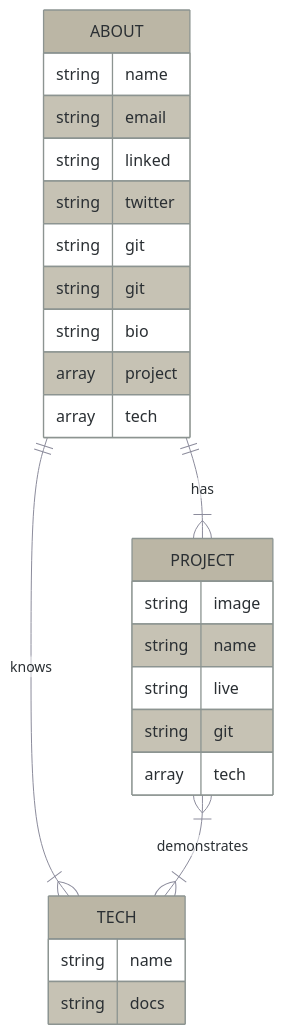
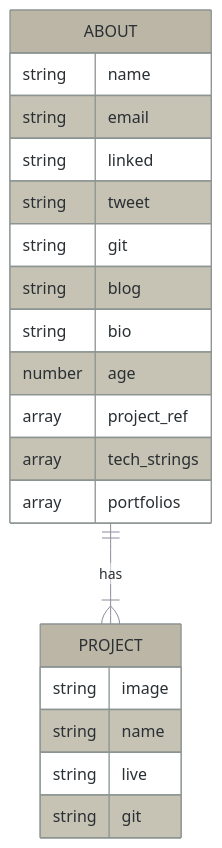
One commit to kcanamar/portfolio-API changed the diagram in README.md. Above: the diagram before and after it, drawn with Mermaid. The commit also changed other lines of this file and 4 other files, not shown here.

Commit message:
updates models, ERD, creates about, creates project, associates project -> about

````diff
--- a/README.md
+++ b/README.md
@@ -22,40 +23,35 @@
 ```mermaid
 %%{ init: { 
 	'theme': 'base', 
 	'themeVariables': { 
 		'primaryColor': '#BBB6A5', 
 		'primaryTextColor': '#2A2F33', 
 		'primaryBorderColor': '#8C9491', 
 		'lineColor': '#8C8C9C', 
 		'secondaryColor': '#8C9491', 
 		'tertiaryColor': '#fff' 
 		} 
 	} 
 }%%
 erDiagram
     ABOUT ||--|{ PROJECT : has
-    ABOUT ||--|{ TECH : knows
-    PROJECT }|--|{ TECH : demonstrates
     ABOUT {
         string name
         string email
         string linked
-        string twitter
+        string tweet
         string git
-        string git
+        string blog
         string bio
-        array project
-        array tech
+        number age
+        array project_ref
+        array tech_strings
+        array portfolios
     }
     PROJECT {
         string image
         string name
         string live
         string git
-        array tech
-    }
-    TECH {
-	    string name
-	    string docs
     }
 ```
````
